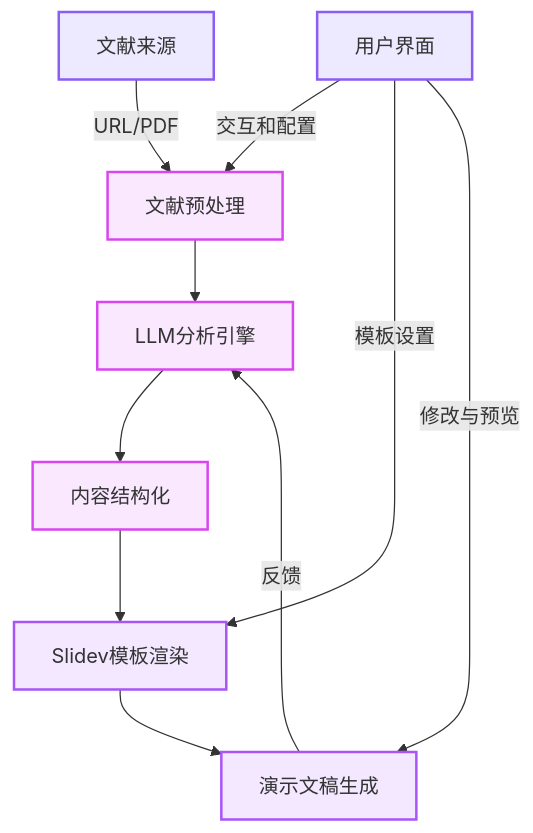
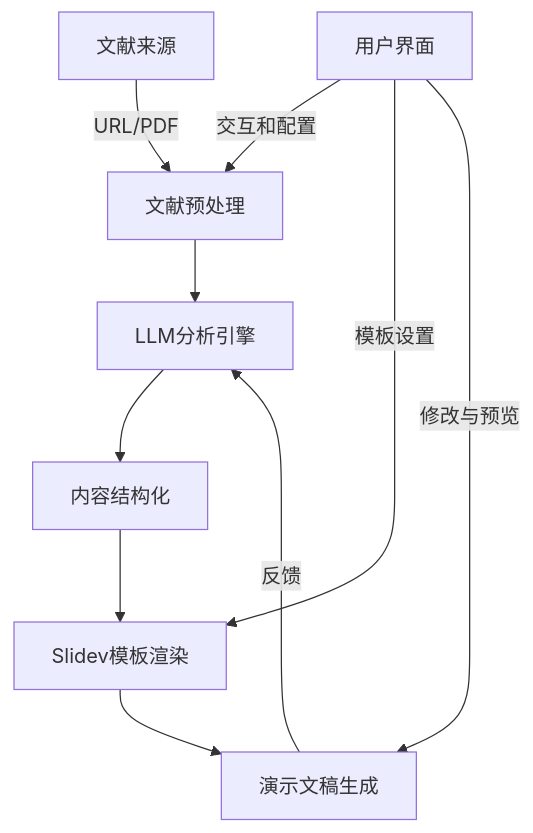
One commit to PascalDai/OnePersonCompany changed the first of 4 diagrams in src/content/blog/2025-04-27-组会终结者.md. Above: the diagram before and after it, drawn with Mermaid. The commit also changed 2 other files, not shown here.

Commit message:
更新其他配置及组件文件

````diff
--- a/src/content/blog/2025-04-27-组会终结者.md
+++ b/src/content/blog/2025-04-27-组会终结者.md
@@ -38,22 +38,14 @@
 ```mermaid
 flowchart TB
     A[文献来源] -->|URL/PDF| B[文献预处理]
     B --> C[LLM分析引擎]
     C --> D[内容结构化]
     D --> E[Slidev模板渲染]
     E --> F[演示文稿生成]
     
     G[用户界面] -->|交互和配置| B
     G -->|模板设置| E
     G -->|修改与预览| F
     
     F -->|反馈| C
-    
-    classDef primary fill:#fae8ff,stroke:#d946ef,stroke-width:2px
-    classDef secondary fill:#f3e8ff,stroke:#a855f7,stroke-width:2px
-    classDef accent fill:#ede9fe,stroke:#8b5cf6,stroke-width:2px
-    
-    class B,C,D primary
-    class E,F secondary
-    class A,G accent
 ```
````
